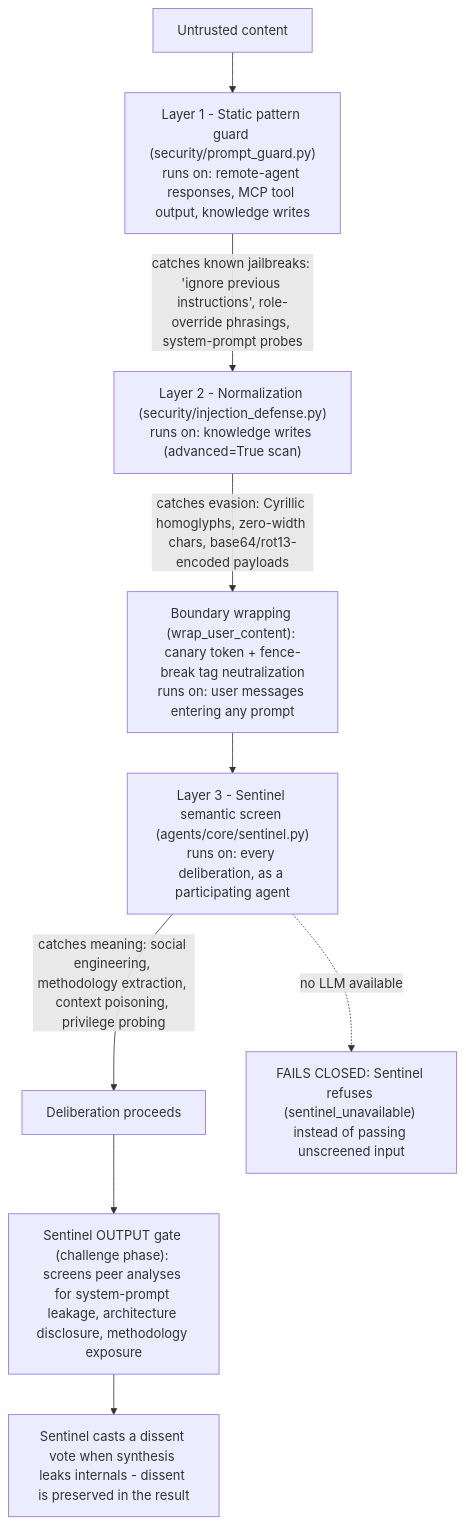
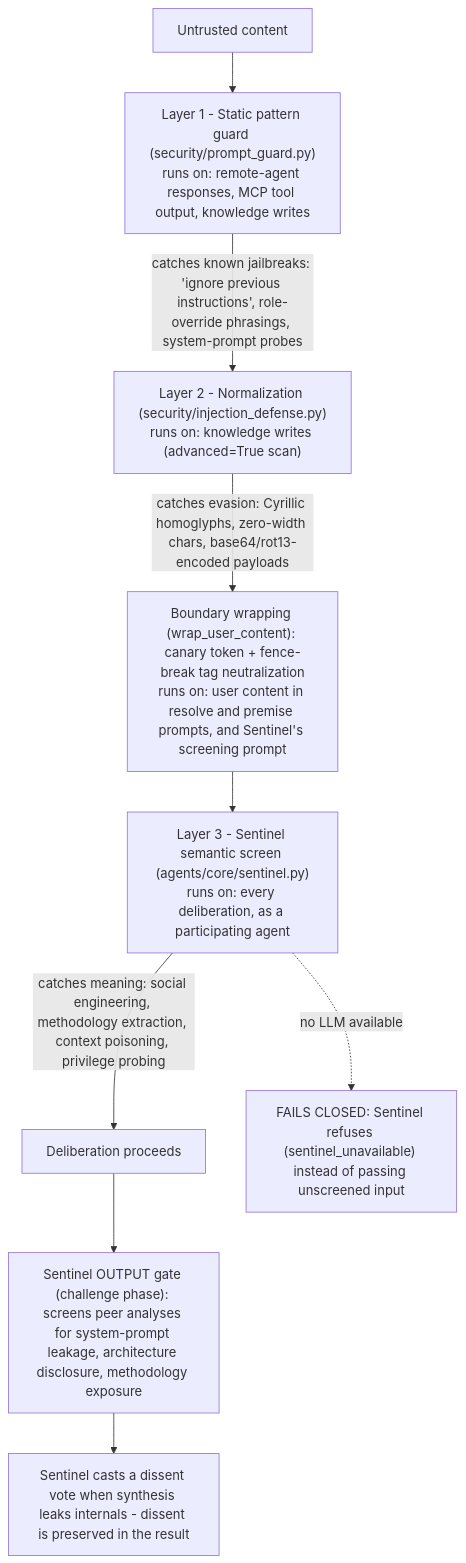
Before and after one commit to KangaKode/aiscaffold: the second of 3 diagrams in docs/SECURITY_MODEL.md, drawn with Mermaid. The commit also changed other lines of this file and 2 other files, not shown here.

First line of the commit message:
docs: fix review findings -- user-message wrapping was itself overclaimed

````diff
--- a/docs/SECURITY_MODEL.md
+++ b/docs/SECURITY_MODEL.md
@@ -33,11 +33,11 @@
 ```mermaid
 flowchart TD
-    Input["Untrusted content"] --> L1["Layer 1 - Static pattern guard (security/prompt_guard.py)\nruns on: remote-agent responses, MCP tool output, knowledge writes"]
-    L1 -->|"catches known jailbreaks: 'ignore previous instructions', role-override phrasings, system-prompt probes"| L2["Layer 2 - Normalization (security/injection_defense.py)\nruns on: knowledge writes (advanced=True scan)"]
-    L2 -->|"catches evasion: Cyrillic homoglyphs, zero-width chars, base64/rot13-encoded payloads"| Wrap["Boundary wrapping (wrap_user_content): canary token + fence-break tag neutralization\nruns on: user messages entering any prompt"]
-    Wrap --> L3["Layer 3 - Sentinel semantic screen (agents/core/sentinel.py)\nruns on: every deliberation, as a participating agent"]
+    Input["Untrusted content"] --> L1["Layer 1 - Static pattern guard (security/prompt_guard.py)<br/>runs on: remote-agent responses, MCP tool output, knowledge writes"]
+    L1 -->|"catches known jailbreaks: 'ignore previous instructions', role-override phrasings, system-prompt probes"| L2["Layer 2 - Normalization (security/injection_defense.py)<br/>runs on: knowledge writes (advanced=True scan)"]
+    L2 -->|"catches evasion: Cyrillic homoglyphs, zero-width chars, base64/rot13-encoded payloads"| Wrap["Boundary wrapping (wrap_user_content): canary token + fence-break tag neutralization<br/>runs on: user content in resolve and premise prompts, and Sentinel's screening prompt"]
+    Wrap --> L3["Layer 3 - Sentinel semantic screen (agents/core/sentinel.py)<br/>runs on: every deliberation, as a participating agent"]
     L3 -->|"catches meaning: social engineering, methodology extraction, context poisoning, privilege probing"| Delib["Deliberation proceeds"]
     L3 -.->|"no LLM available"| Closed["FAILS CLOSED: Sentinel refuses (sentinel_unavailable) instead of passing unscreened input"]
     Delib --> OutGate["Sentinel OUTPUT gate (challenge phase): screens peer analyses for system-prompt leakage, architecture disclosure, methodology exposure"]
     OutGate --> Vote["Sentinel casts a dissent vote when synthesis leaks internals - dissent is preserved in the result"]
 ```
````
